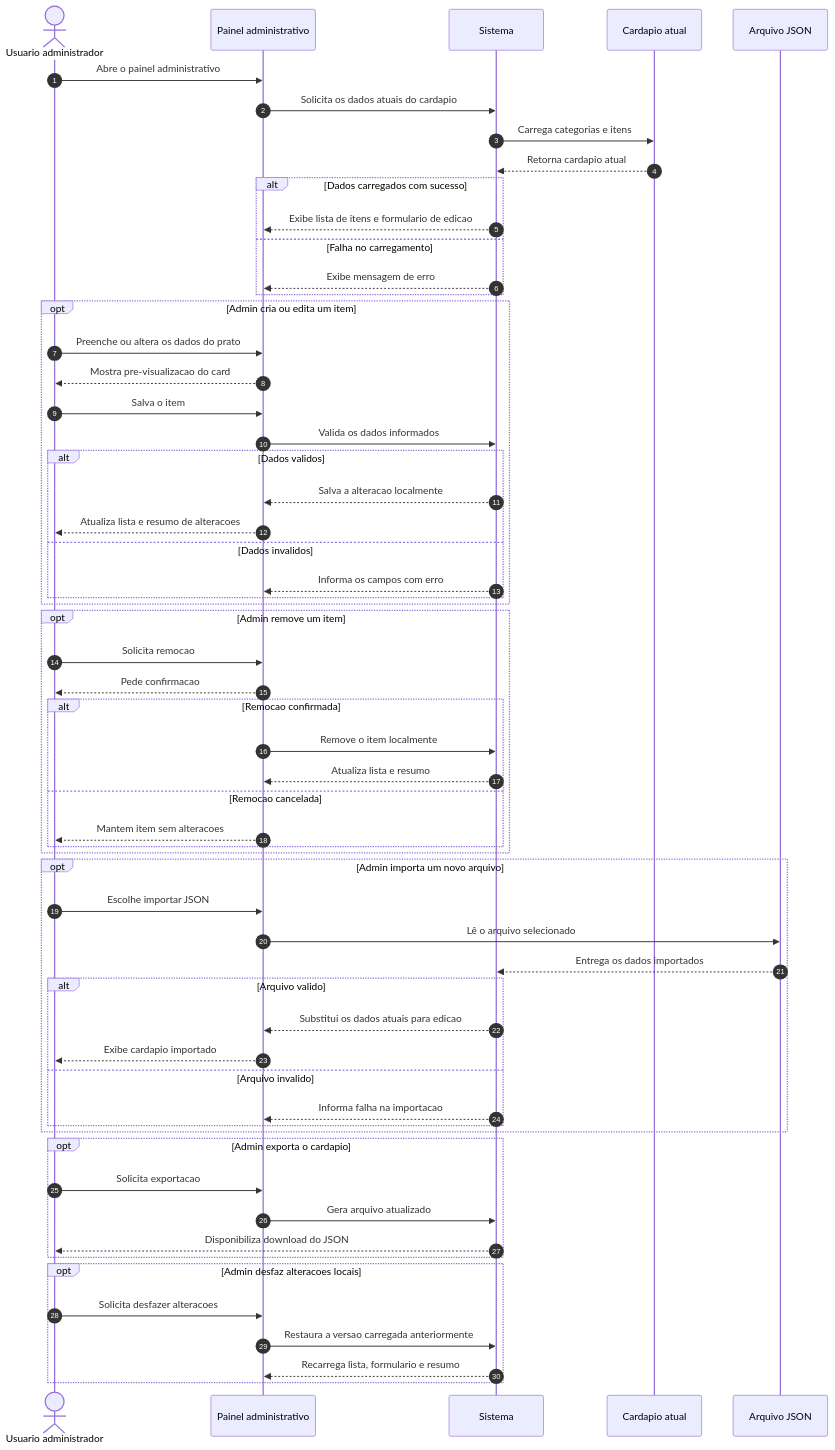
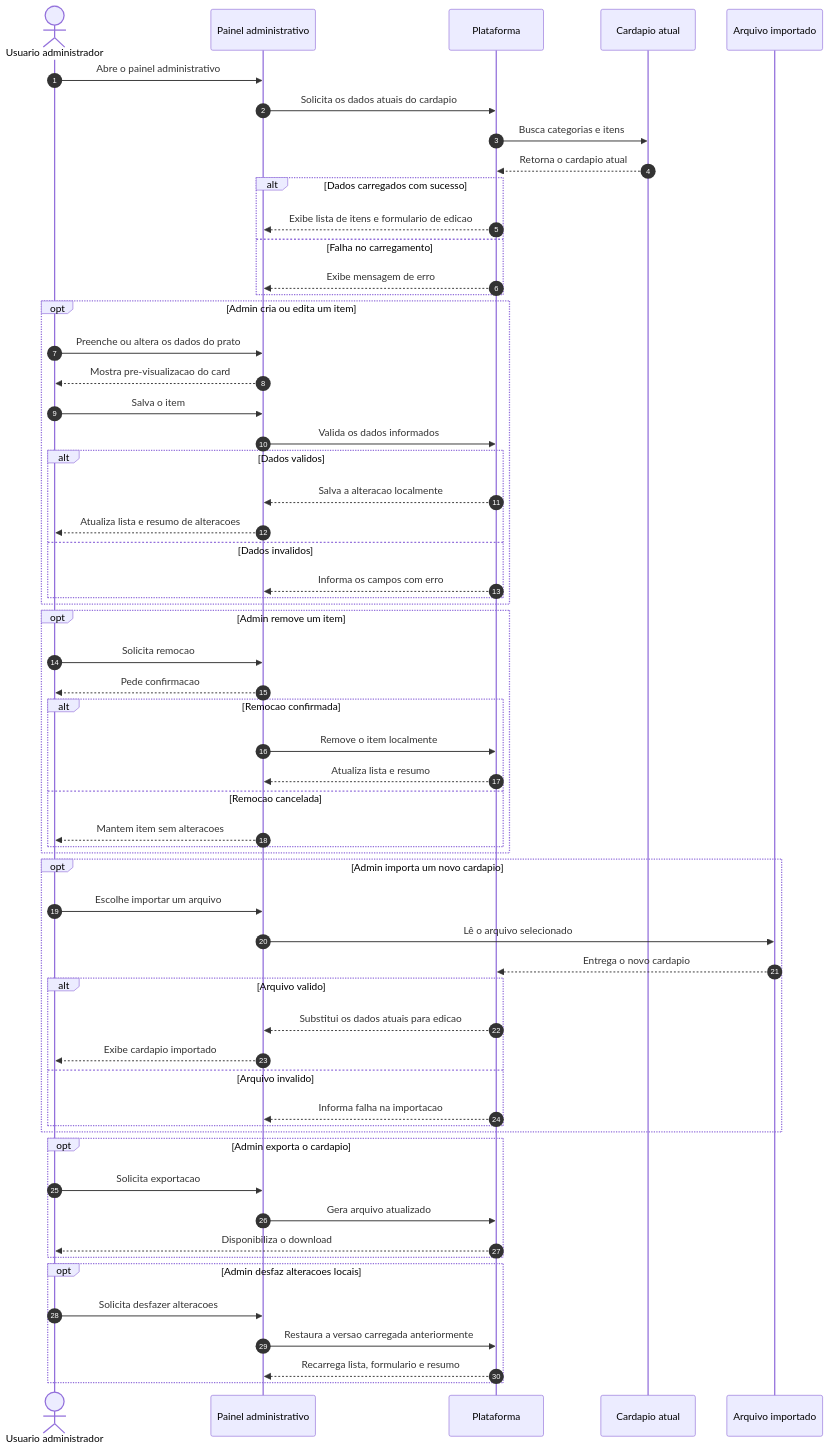
The diagram in docs/diagramas/diagrama-sequencia-admin.mmd (senai-cortex/menu-project), drawn with Mermaid before and after one commit. The commit also changed 1 other file, not shown here.

Commit message:
Refine sequence diagram wording

```diff
--- a/docs/diagramas/diagrama-sequencia-admin.mmd
+++ b/docs/diagramas/diagrama-sequencia-admin.mmd
@@ -1,66 +1,66 @@
 sequenceDiagram
     autonumber
     actor Admin as Usuario administrador
     participant Painel as Painel administrativo
-    participant Sistema as Sistema
-    participant Dados as Cardapio atual
-    participant Arquivo as Arquivo JSON
+    participant Atendimento as Plataforma
+    participant CardapioAtual as Cardapio atual
+    participant Arquivo as Arquivo importado
 
     Admin->>Painel: Abre o painel administrativo
-    Painel->>Sistema: Solicita os dados atuais do cardapio
-    Sistema->>Dados: Carrega categorias e itens
-    Dados-->>Sistema: Retorna cardapio atual
+    Painel->>Atendimento: Solicita os dados atuais do cardapio
+    Atendimento->>CardapioAtual: Busca categorias e itens
+    CardapioAtual-->>Atendimento: Retorna o cardapio atual
 
     alt Dados carregados com sucesso
-        Sistema-->>Painel: Exibe lista de itens e formulario de edicao
+        Atendimento-->>Painel: Exibe lista de itens e formulario de edicao
     else Falha no carregamento
-        Sistema-->>Painel: Exibe mensagem de erro
+        Atendimento-->>Painel: Exibe mensagem de erro
     end
 
     opt Admin cria ou edita um item
         Admin->>Painel: Preenche ou altera os dados do prato
         Painel-->>Admin: Mostra pre-visualizacao do card
         Admin->>Painel: Salva o item
-        Painel->>Sistema: Valida os dados informados
+        Painel->>Atendimento: Valida os dados informados
         alt Dados validos
-            Sistema-->>Painel: Salva a alteracao localmente
+            Atendimento-->>Painel: Salva a alteracao localmente
             Painel-->>Admin: Atualiza lista e resumo de alteracoes
         else Dados invalidos
-            Sistema-->>Painel: Informa os campos com erro
+            Atendimento-->>Painel: Informa os campos com erro
         end
     end
 
     opt Admin remove um item
         Admin->>Painel: Solicita remocao
         Painel-->>Admin: Pede confirmacao
         alt Remocao confirmada
-            Painel->>Sistema: Remove o item localmente
-            Sistema-->>Painel: Atualiza lista e resumo
+            Painel->>Atendimento: Remove o item localmente
+            Atendimento-->>Painel: Atualiza lista e resumo
         else Remocao cancelada
             Painel-->>Admin: Mantem item sem alteracoes
         end
     end
 
-    opt Admin importa um novo arquivo
-        Admin->>Painel: Escolhe importar JSON
+    opt Admin importa um novo cardapio
+        Admin->>Painel: Escolhe importar um arquivo
         Painel->>Arquivo: Lê o arquivo selecionado
-        Arquivo-->>Sistema: Entrega os dados importados
+        Arquivo-->>Atendimento: Entrega o novo cardapio
         alt Arquivo valido
-            Sistema-->>Painel: Substitui os dados atuais para edicao
+            Atendimento-->>Painel: Substitui os dados atuais para edicao
             Painel-->>Admin: Exibe cardapio importado
         else Arquivo invalido
-            Sistema-->>Painel: Informa falha na importacao
+            Atendimento-->>Painel: Informa falha na importacao
         end
     end
 
     opt Admin exporta o cardapio
         Admin->>Painel: Solicita exportacao
-        Painel->>Sistema: Gera arquivo atualizado
-        Sistema-->>Admin: Disponibiliza download do JSON
+        Painel->>Atendimento: Gera arquivo atualizado
+        Atendimento-->>Admin: Disponibiliza o download
     end
 
     opt Admin desfaz alteracoes locais
         Admin->>Painel: Solicita desfazer alteracoes
-        Painel->>Sistema: Restaura a versao carregada anteriormente
-        Sistema-->>Painel: Recarrega lista, formulario e resumo
+        Painel->>Atendimento: Restaura a versao carregada anteriormente
+        Atendimento-->>Painel: Recarrega lista, formulario e resumo
     end
```
